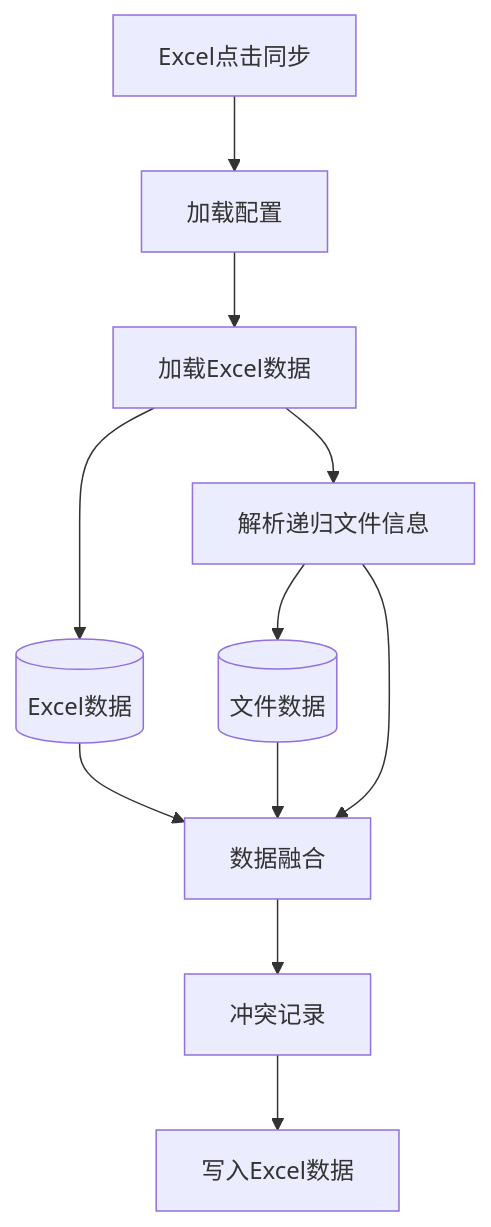
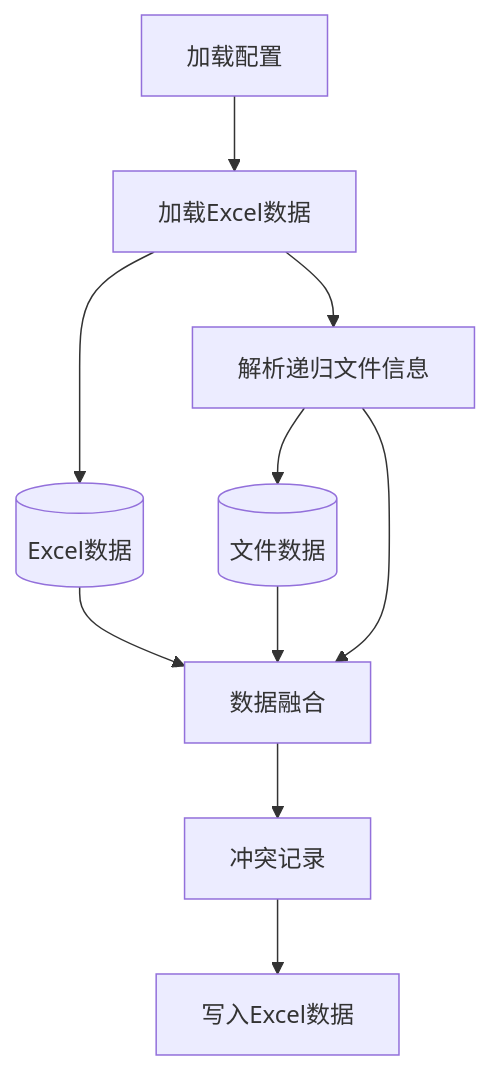
Before and after one commit to gamefang/file_manager: the diagram in design/design.md, drawn with Mermaid. The commit also changed other lines of this file and 3 other files, not shown here.

````diff
--- a/design/design.md
+++ b/design/design.md
@@ -8,14 +8,14 @@
 ```mermaid
 graph TB
 
-Excel点击同步-->加载配置
+%%Excel点击同步-->加载配置
 加载配置-->加载Excel数据
 加载Excel数据-->Excel数据[(Excel数据)]
 加载Excel数据-->解析递归文件信息
 解析递归文件信息-->文件数据[(文件数据)]
 解析递归文件信息-->数据融合
 Excel数据[(Excel数据)]-->数据融合
 文件数据[(文件数据)]-->数据融合
 数据融合-->冲突记录
 冲突记录-->写入Excel数据
 ```
````
